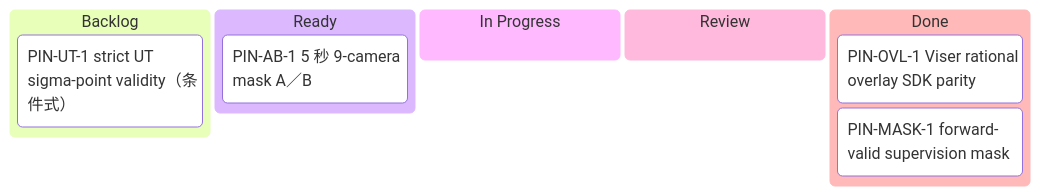
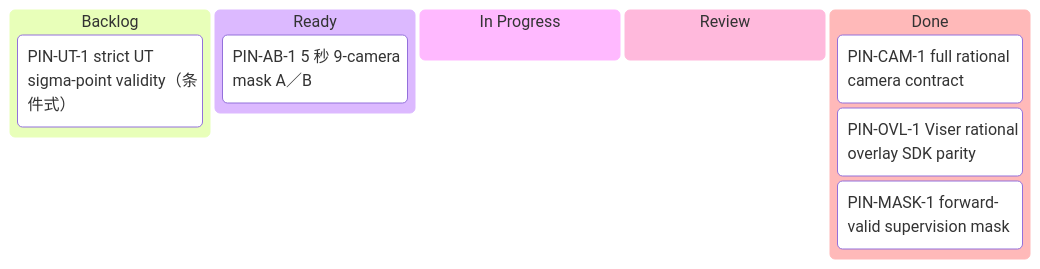
One commit to etendue/3dgrut changed the first of 2 diagrams in docs/pinhole_camera_kanban.md. Above: the diagram before and after it, drawn with Mermaid. The commit also changed other lines of this file and 3 other files, not shown here.

Commit message:
docs(camera): archive pinhole contract validation

````diff
--- a/docs/pinhole_camera_kanban.md
+++ b/docs/pinhole_camera_kanban.md
@@ -9,12 +9,13 @@
 ```mermaid
 kanban
   backlog[Backlog]
     PIN-UT-1[PIN-UT-1 strict UT sigma-point validity（条件式）]
   ready[Ready]
     PIN-AB-1[PIN-AB-1 5 秒 9-camera mask A／B]
   active[In Progress]
   review[Review]
   done[Done]
+    PIN-CAM-1[PIN-CAM-1 full rational camera contract]
     PIN-OVL-1[PIN-OVL-1 Viser rational overlay SDK parity]
     PIN-MASK-1[PIN-MASK-1 forward-valid supervision mask]
 ```
````
